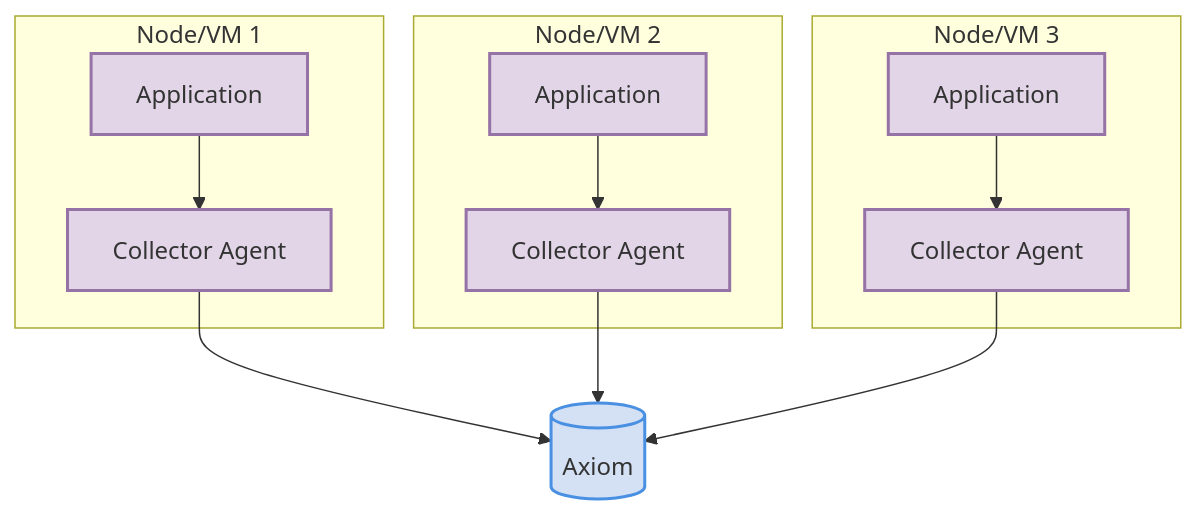
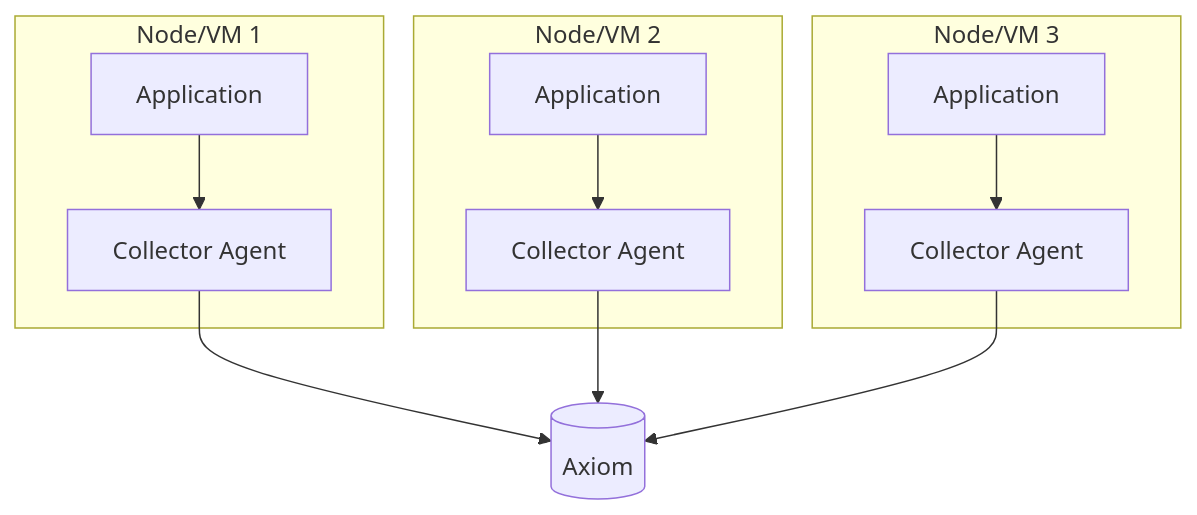
Before and after one commit to axiomhq/docs: the first of 2 diagrams in send-data/reference-architectures.mdx, drawn with Mermaid. The commit also changed other lines of this file, not shown here.

Commit message:
fix: remove customer colors from mermaid diagrams to support light and dark mode

````diff
--- a/send-data/reference-architectures.mdx
+++ b/send-data/reference-architectures.mdx
@@ -40,24 +40,16 @@
 ```mermaid
 graph TD
     subgraph "Node/VM 1"
         App1[Application] --> Agent1[Collector Agent];
     end
     subgraph "Node/VM 2"
         App2[Application] --> Agent2[Collector Agent];
     end
     subgraph "Node/VM 3"
         App3[Application] --> Agent3[Collector Agent];
     end
 
     Agent1 --> Axiom[(Axiom)];
     Agent2 --> Axiom;
     Agent3 --> Axiom;
-    
-    style App1 fill:#e1d5e7,stroke:#9673a6,stroke-width:2px
-    style App2 fill:#e1d5e7,stroke:#9673a6,stroke-width:2px
-    style App3 fill:#e1d5e7,stroke:#9673a6,stroke-width:2px
-    style Agent1 fill:#e1d5e7,stroke:#9673a6,stroke-width:2px
-    style Agent2 fill:#e1d5e7,stroke:#9673a6,stroke-width:2px
-    style Agent3 fill:#e1d5e7,stroke:#9673a6,stroke-width:2px
-    style Axiom fill:#d4e1f5,stroke:#4a90e2,stroke-width:2px
 ```
````
